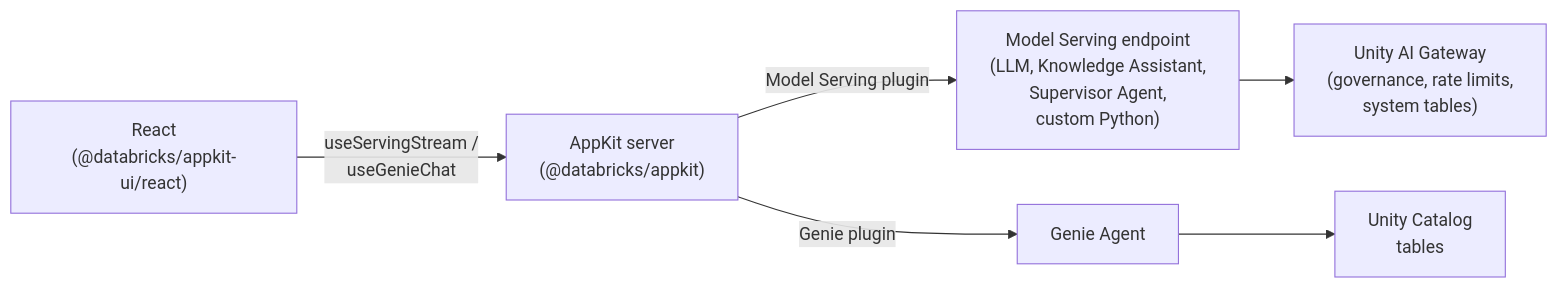
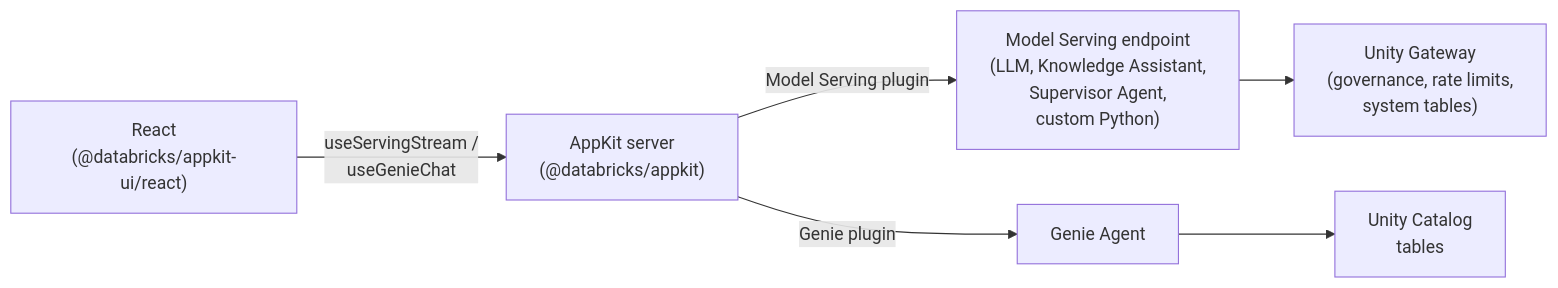
The diagram in src/content/docs/agents/overview.md (databricks/devhub), drawn with Mermaid before and after one commit. The commit also changed other lines of this file and 18 other files, not shown here.

First line of the commit message:
docs: move Unity Gateway into its own section and rename from Unity AI Gateway

````diff
--- a/src/content/docs/agents/overview.md
+++ b/src/content/docs/agents/overview.md
@@ -26,8 +26,8 @@
 ```mermaid
 flowchart LR
     React["React<br/>(@databricks/appkit-ui/react)"] -->|"useServingStream /<br/>useGenieChat"| Node["AppKit server<br/>(@databricks/appkit)"]
     Node -->|"Model Serving plugin"| Endpoint["Model Serving endpoint<br/>(LLM, Knowledge Assistant,<br/>Supervisor Agent,<br/>custom Python)"]
     Node -->|"Genie plugin"| Space["Genie Agent"]
-    Endpoint --> Gateway["Unity AI Gateway<br/>(governance, rate limits,<br/>system tables)"]
+    Endpoint --> Gateway["Unity Gateway<br/>(governance, rate limits,<br/>system tables)"]
     Space --> UC["Unity Catalog<br/>tables"]
 ```
````
